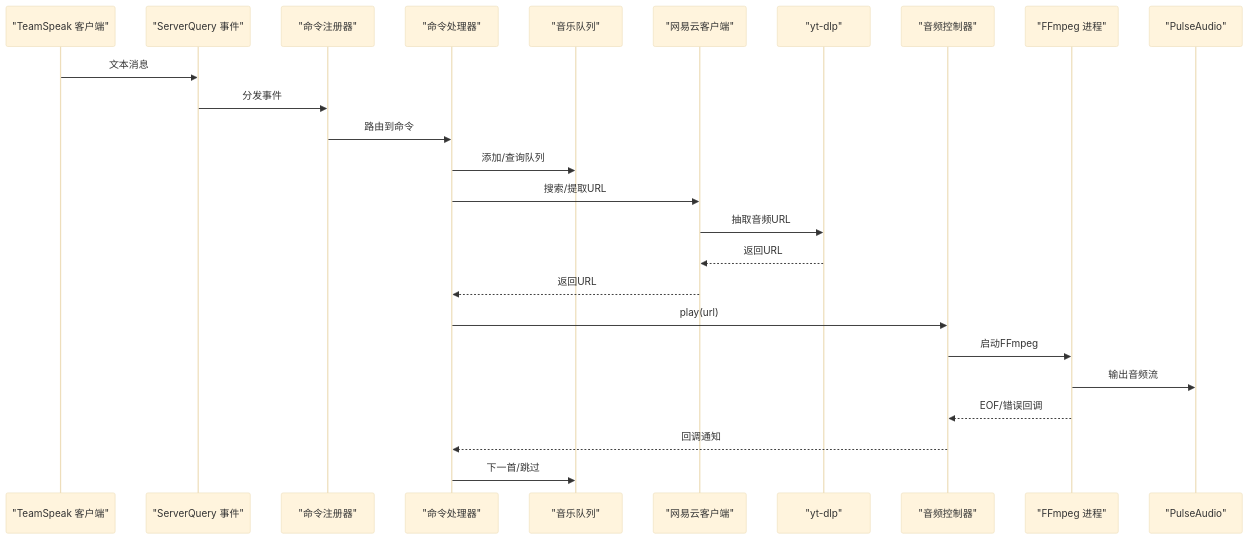
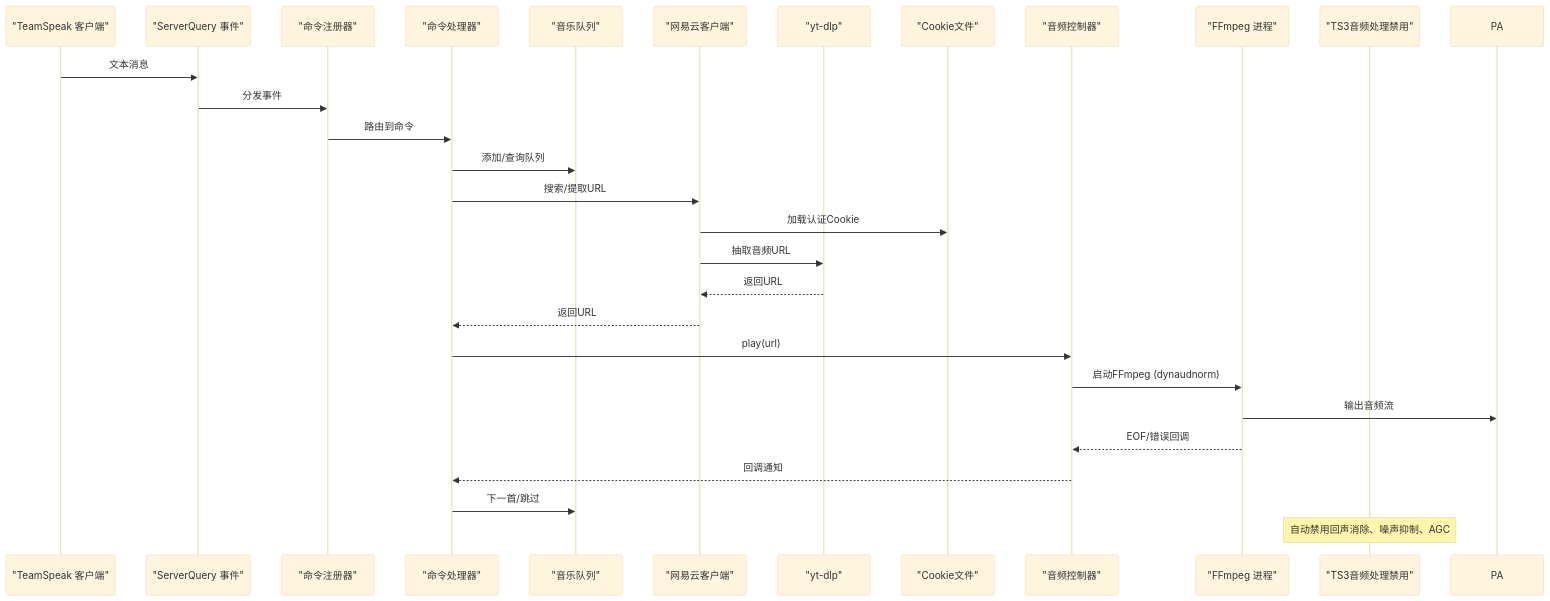
The second of 12 diagrams in .qoder/repowiki/zh/content/音乐播放系统/音乐播放系统.md (GhoulOwl/Teamspeak3_Bot), drawn with Mermaid (base theme) before and after one commit. The commit also changed other lines of this file and 13 other files, not shown here.

````diff
--- a/.qoder/repowiki/zh/content/音乐播放系统/音乐播放系统.md
+++ b/.qoder/repowiki/zh/content/音乐播放系统/音乐播放系统.md
@@ -150,27 +155,30 @@
 ```mermaid
 sequenceDiagram
 participant TS3 as "TeamSpeak 客户端"
 participant SQ as "ServerQuery 事件"
 participant REG as "命令注册器"
 participant CMD as "命令处理器"
 participant Q as "音乐队列"
 participant NET as "网易云客户端"
 participant YT as "yt-dlp"
+participant COOKIE as "Cookie文件"
 participant AC as "音频控制器"
 participant FF as "FFmpeg 进程"
-participant PA as "PulseAudio"
+participant TS3PROC as "TS3音频处理禁用"
 TS3->>SQ : 文本消息
 SQ->>REG : 分发事件
 REG->>CMD : 路由到命令
 CMD->>Q : 添加/查询队列
 CMD->>NET : 搜索/提取URL
+NET->>COOKIE : 加载认证Cookie
 NET->>YT : 抽取音频URL
 YT-->>NET : 返回URL
 NET-->>CMD : 返回URL
 CMD->>AC : play(url)
-AC->>FF : 启动FFmpeg
+AC->>FF : 启动FFmpeg (dynaudnorm)
 FF->>PA : 输出音频流
 FF-->>AC : EOF/错误回调
 AC-->>CMD : 回调通知
 CMD->>Q : 下一首/跳过
+Note over TS3PROC : 自动禁用回声消除、噪声抑制、AGC
 ```
````
